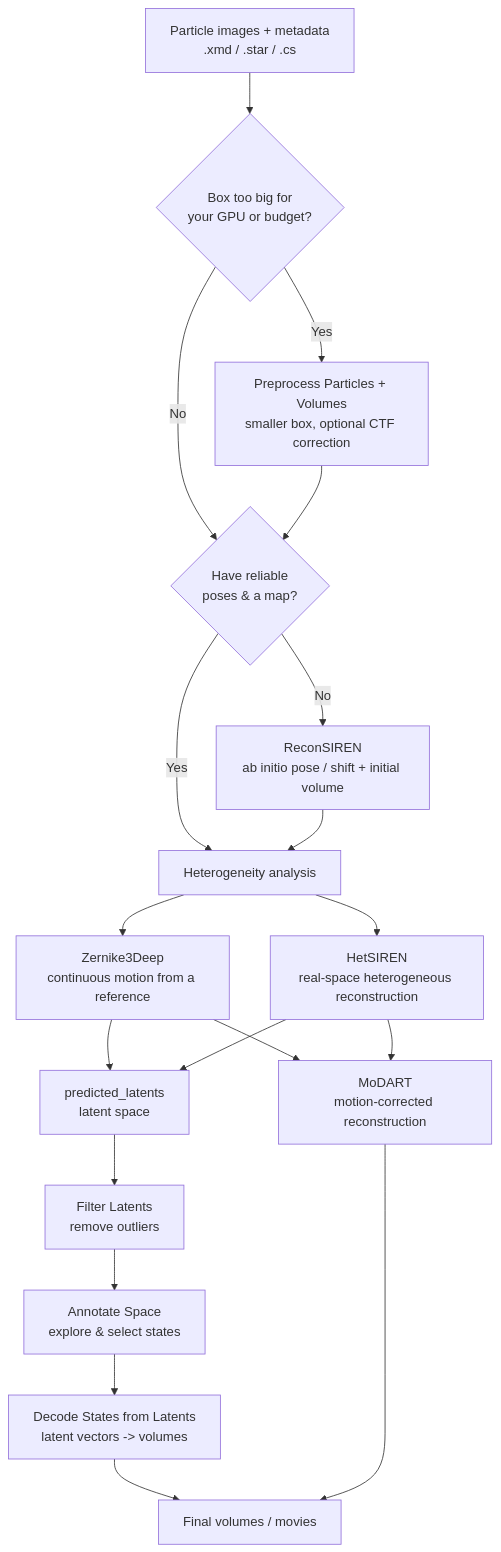
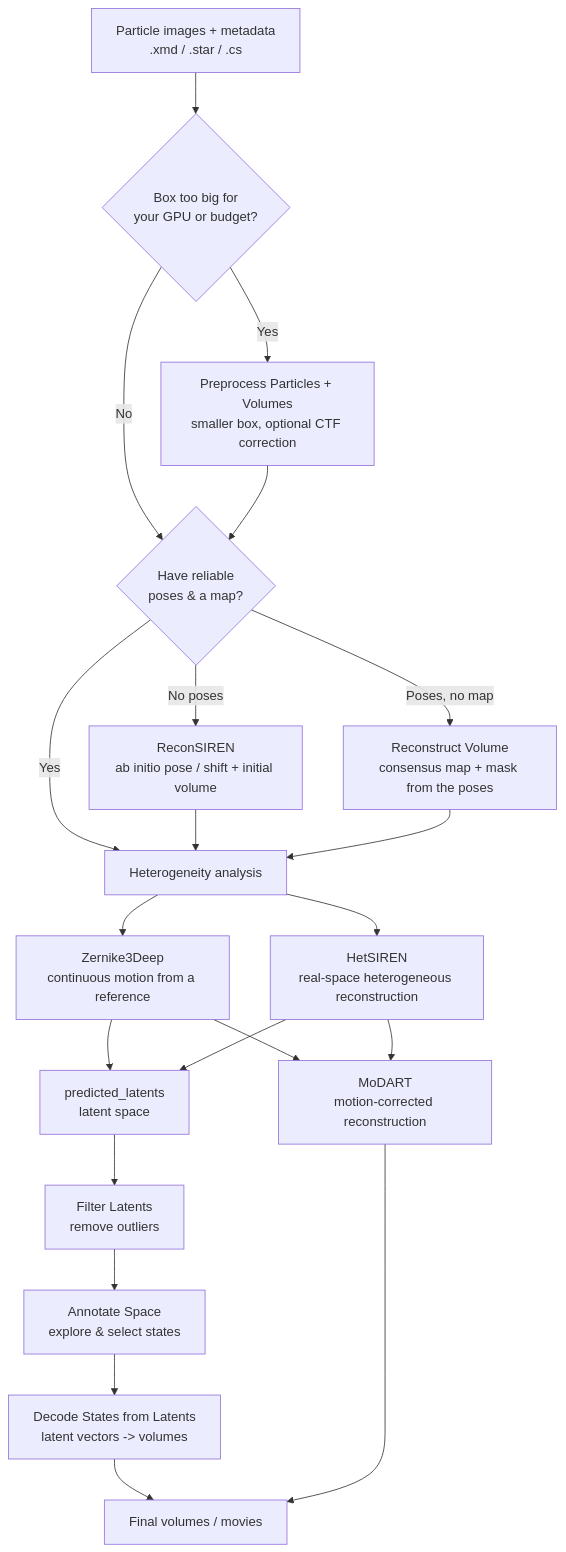
The first of 7 diagrams in docs/workflows/pipelines.md (DavidHerreros/hax-em-docs), drawn with Mermaid before and after one commit. The commit also changed other lines of this file and 5 other files, not shown here.

````diff
--- a/docs/workflows/pipelines.md
+++ b/docs/workflows/pipelines.md
@@ -15,25 +15,27 @@
 ```mermaid
 flowchart TD
     A[Particle images + metadata<br/>.xmd / .star / .cs] --> P{Box too big for<br/>your GPU or budget?}
     P -- Yes --> Q[Preprocess Particles + Volumes<br/>smaller box, optional CTF correction]
     P -- No --> B{Have reliable<br/>poses & a map?}
     Q --> B
-    B -- No --> C[ReconSIREN<br/>ab initio pose / shift + initial volume]
+    B -- No poses --> C[ReconSIREN<br/>ab initio pose / shift + initial volume]
+    B -- Poses, no map --> R[Reconstruct Volume<br/>consensus map + mask from the poses]
     B -- Yes --> D[Heterogeneity analysis]
     C --> D
+    R --> D
 
     D --> E[Zernike3Deep<br/>continuous motion from a reference]
     D --> F[HetSIREN<br/>real-space heterogeneous reconstruction]
 
     E --> G[predicted_latents<br/>latent space]
     F --> G
 
     G --> H[Filter Latents<br/>remove outliers]
     H --> I[Annotate Space<br/>explore & select states]
     I --> J[Decode States from Latents<br/>latent vectors -> volumes]
 
     E --> K[MoDART<br/>motion-corrected reconstruction]
     F --> K
     J --> L[Final volumes / movies]
     K --> L
 ```
````
